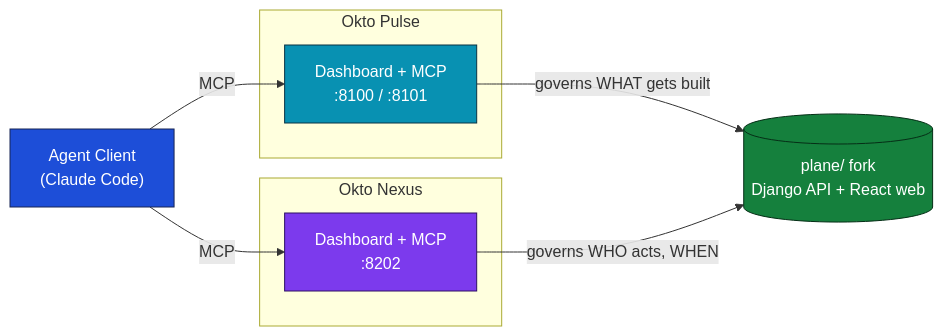
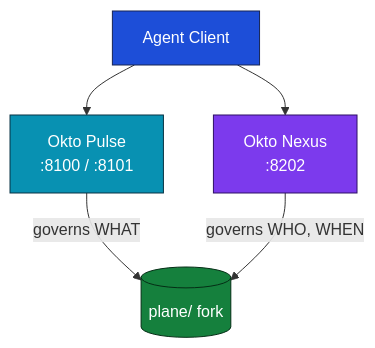
The diagram in README.md (Infrasity-Labs/okto-plane-handoff-demo), drawn with Mermaid before and after one commit.

Commit message:
Shrink the architecture diagram to fit one screen fold
Dropped the subgraph wrappers around Pulse and Nexus - Mermaid pads
each subgraph with its own title bar and margin, which is what was
blowing the diagram's height up. Down to 4 plain nodes, matching how
compact caura-long-run-fleet's reference diagram renders.

Claude-Session: https://claude.ai/code/session_01F3tbv4DVxdac4mxw5gn4j8

````diff
--- a/README.md
+++ b/README.md
@@ -168,24 +168,12 @@
 ```mermaid
-graph LR
-    Client["Agent Client<br/>(Claude Code)"]
+graph TD
+    A["Agent Client"] --> B["Okto Pulse<br/>:8100 / :8101"]
+    A --> C["Okto Nexus<br/>:8202"]
+    B -->|governs WHAT| D[("plane/ fork")]
+    C -->|governs WHO, WHEN| D
 
-    subgraph Pulse["Okto Pulse"]
-        PulseAPI["Dashboard + MCP<br/>:8100 / :8101"]
-    end
-
-    subgraph Nexus["Okto Nexus"]
-        NexusAPI["Dashboard + MCP<br/>:8202"]
-    end
-
-    Plane[("plane/ fork<br/>Django API + React web")]
-
-    Client -->|MCP| PulseAPI
-    Client -->|MCP| NexusAPI
-    PulseAPI -->|governs WHAT gets built| Plane
-    NexusAPI -->|governs WHO acts, WHEN| Plane
-
-    style Client fill:#1d4ed8,stroke:#172554,color:#ffffff
-    style PulseAPI fill:#0891b2,stroke:#083344,color:#ffffff
-    style NexusAPI fill:#7c3aed,stroke:#2e1065,color:#ffffff
-    style Plane fill:#15803d,stroke:#052e16,color:#ffffff
+    style A fill:#1d4ed8,stroke:#172554,color:#ffffff
+    style B fill:#0891b2,stroke:#083344,color:#ffffff
+    style C fill:#7c3aed,stroke:#2e1065,color:#ffffff
+    style D fill:#15803d,stroke:#052e16,color:#ffffff
 ```
````
